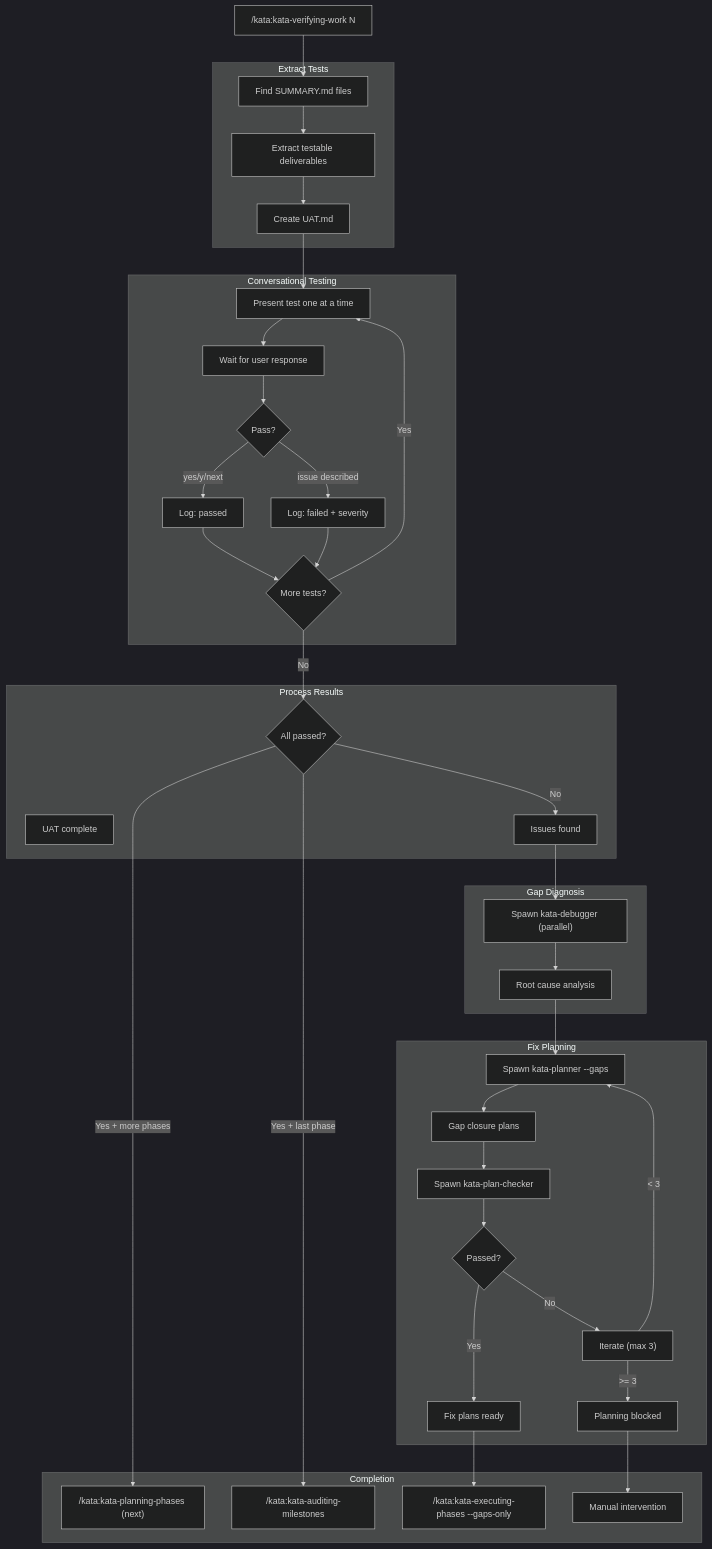
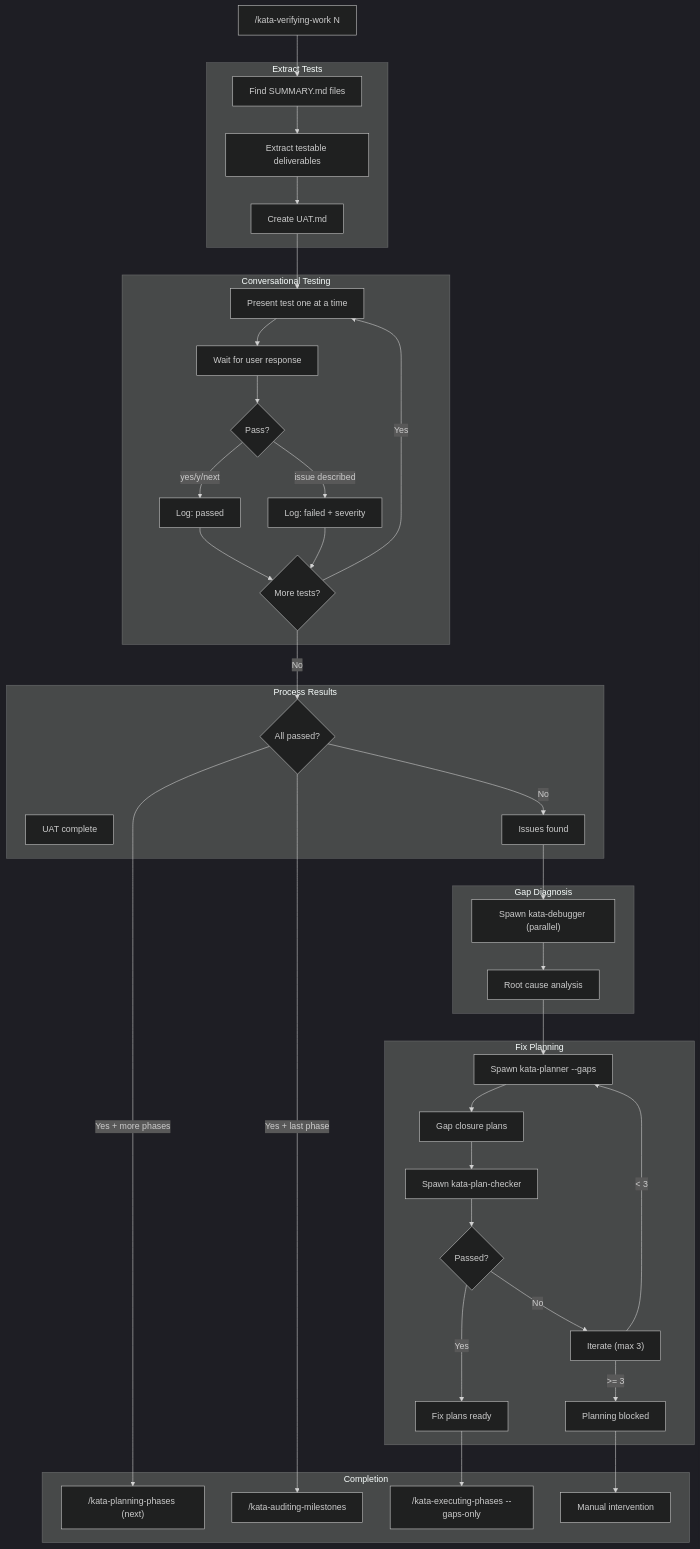
The fifth of 6 diagrams in .docs/USER-JOURNEYS.md (gannonh/kata), drawn with Mermaid (dark theme) before and after one commit. The commit also changed other lines of this file and 89 other files, not shown here.

````diff
--- a/.docs/USER-JOURNEYS.md
+++ b/.docs/USER-JOURNEYS.md
@@ -303,75 +303,75 @@
 ```mermaid
 flowchart TD
-    START["/kata:kata-verifying-work N"]
+    START["/kata-verifying-work N"]
 
     subgraph Extract["Extract Tests"]
         FIND["Find SUMMARY.md files"]
         EXTRACT["Extract testable deliverables"]
         CREATE["Create UAT.md"]
     end
 
     subgraph Test["Conversational Testing"]
         PRESENT["Present test one at a time"]
         WAIT["Wait for user response"]
         PASS{"Pass?"}
         LOG_P["Log: passed"]
         LOG_F["Log: failed + severity"]
         NEXT{"More tests?"}
     end
 
     subgraph Results["Process Results"]
         ALL_PASS{"All passed?"}
         DONE["UAT complete"]
         ISSUES["Issues found"]
     end
 
     subgraph Diagnose["Gap Diagnosis"]
         SPAWN_D["Spawn kata-debugger (parallel)"]
         DIAG["Root cause analysis"]
     end
 
     subgraph Fix["Fix Planning"]
         SPAWN_P["Spawn kata-planner --gaps"]
         FIX_PLANS["Gap closure plans"]
         SPAWN_C["Spawn kata-plan-checker"]
         VPASS{"Passed?"}
         ITERATE["Iterate (max 3)"]
         READY["Fix plans ready"]
         BLOCKED["Planning blocked"]
     end
 
     subgraph Output["Completion"]
-        ROUTE_A["/kata:kata-planning-phases (next)"]
-        ROUTE_B["/kata:kata-auditing-milestones"]
-        ROUTE_C["/kata:kata-executing-phases --gaps-only"]
+        ROUTE_A["/kata-planning-phases (next)"]
+        ROUTE_B["/kata-auditing-milestones"]
+        ROUTE_C["/kata-executing-phases --gaps-only"]
         ROUTE_D["Manual intervention"]
     end
 
     START --> FIND
     FIND --> EXTRACT
     EXTRACT --> CREATE
     CREATE --> PRESENT
     PRESENT --> WAIT
     WAIT --> PASS
     PASS -->|"yes/y/next"| LOG_P
     PASS -->|"issue described"| LOG_F
     LOG_P --> NEXT
     LOG_F --> NEXT
     NEXT -->|"Yes"| PRESENT
     NEXT -->|"No"| ALL_PASS
     ALL_PASS -->|"Yes + more phases"| ROUTE_A
     ALL_PASS -->|"Yes + last phase"| ROUTE_B
     ALL_PASS -->|"No"| ISSUES
     ISSUES --> SPAWN_D
     SPAWN_D --> DIAG
     DIAG --> SPAWN_P
     SPAWN_P --> FIX_PLANS
     FIX_PLANS --> SPAWN_C
     SPAWN_C --> VPASS
     VPASS -->|"Yes"| READY
     VPASS -->|"No"| ITERATE
     ITERATE -->|"< 3"| SPAWN_P
     ITERATE -->|">= 3"| BLOCKED
     READY --> ROUTE_C
     BLOCKED --> ROUTE_D
 ```
````
